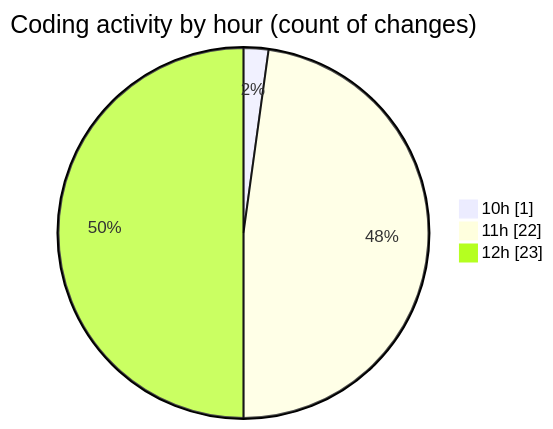
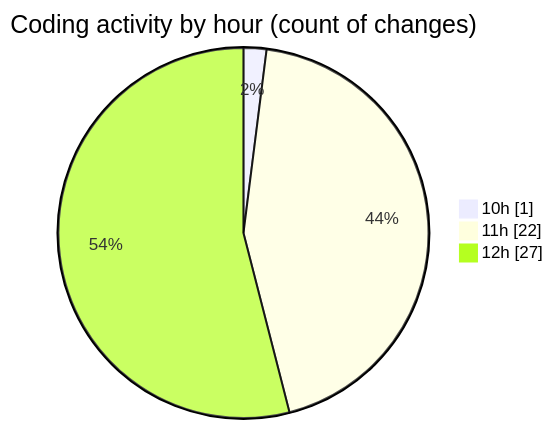
The second of 2 diagrams in 2025-07-27/nxtqube_webapp/README.md (nxtqubesakshisongat/code-tracking), drawn with Mermaid before and after one commit. The commit also changed other lines of this file and 1 other file, not shown here.

````diff
--- a/2025-07-27/nxtqube_webapp/README.md
+++ b/2025-07-27/nxtqube_webapp/README.md
@@ -33,7 +33,7 @@
 ```mermaid
 pie showData
 title Coding activity by hour (count of changes)
 "10h" : 1
 "11h" : 22
-"12h" : 23
+"12h" : 27
 ```
````
